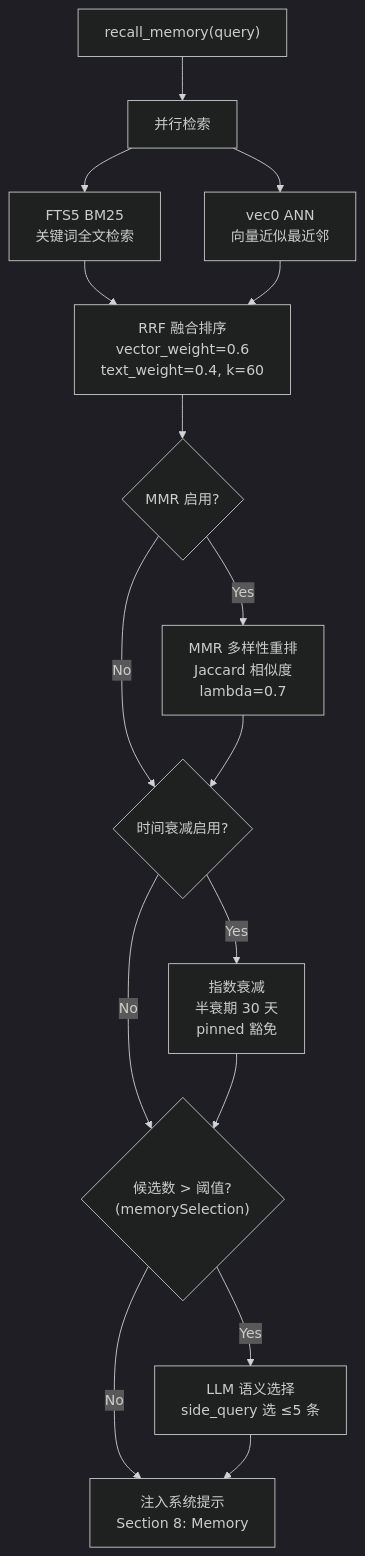
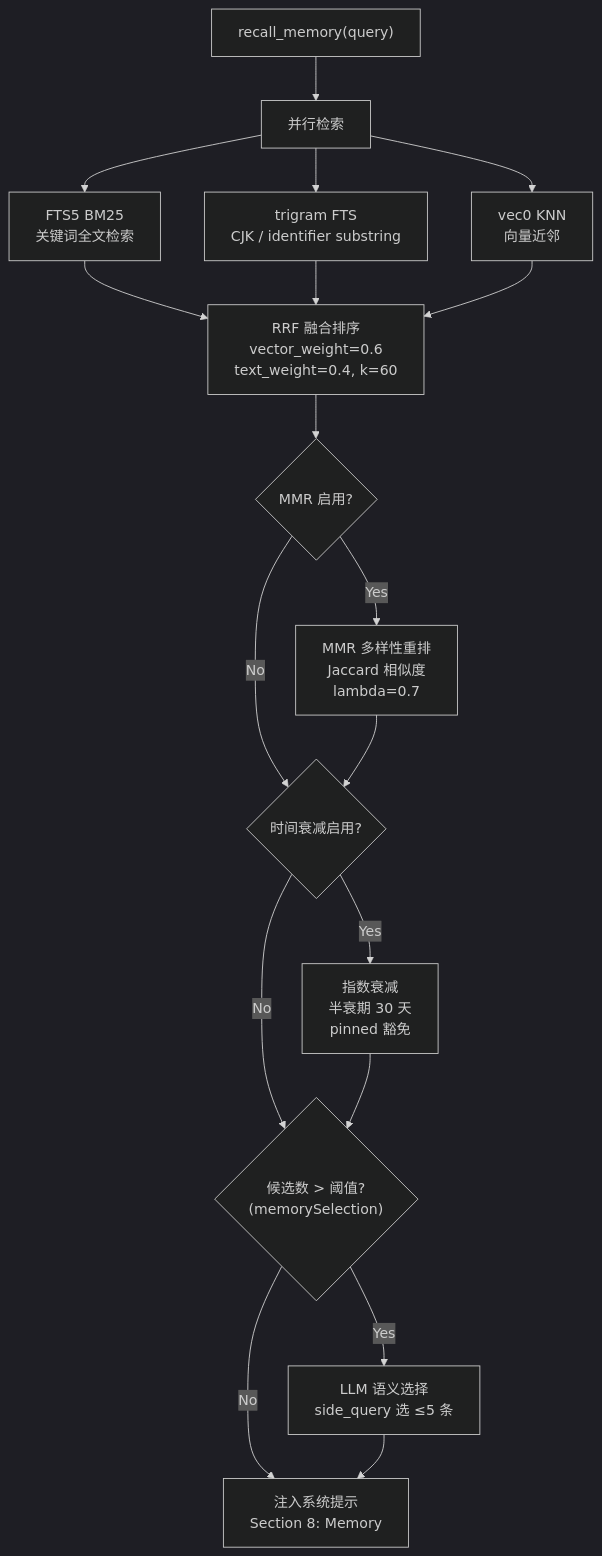
The third of 4 diagrams in docs/architecture/memory.md (zhukai9527/hope-agent), drawn with Mermaid (dark theme) before and after one commit. The commit also changed other lines of this file and 353 other files, not shown here.

````diff
--- a/docs/architecture/memory.md
+++ b/docs/architecture/memory.md
@@ -215,18 +259,20 @@
 ```mermaid
 flowchart TD
     Query["recall_memory(query)"] --> Fork["并行检索"]
     Fork --> FTS["FTS5 BM25<br/>关键词全文检索"]
-    Fork --> Vec["vec0 ANN<br/>向量近似最近邻"]
+    Fork --> Literal["trigram FTS<br/>CJK / identifier substring"]
+    Fork --> Vec["vec0 KNN<br/>向量近邻"]
     FTS --> RRF["RRF 融合排序<br/>vector_weight=0.6<br/>text_weight=0.4, k=60"]
+    Literal --> RRF
     Vec --> RRF
     RRF --> MMR{"MMR 启用?"}
     MMR -- Yes --> Rerank["MMR 多样性重排<br/>Jaccard 相似度<br/>lambda=0.7"]
     MMR -- No --> Decay
     Rerank --> Decay{"时间衰减启用?"}
     Decay -- Yes --> Apply["指数衰减<br/>半衰期 30 天<br/>pinned 豁免"]
     Decay -- No --> Select
     Apply --> Select{"候选数 > 阈值?<br/>(memorySelection)"}
     Select -- Yes --> LLM["LLM 语义选择<br/>side_query 选 ≤5 条"]
     Select -- No --> Inject["注入系统提示<br/>Section 8: Memory"]
     LLM --> Inject
 ```
````
